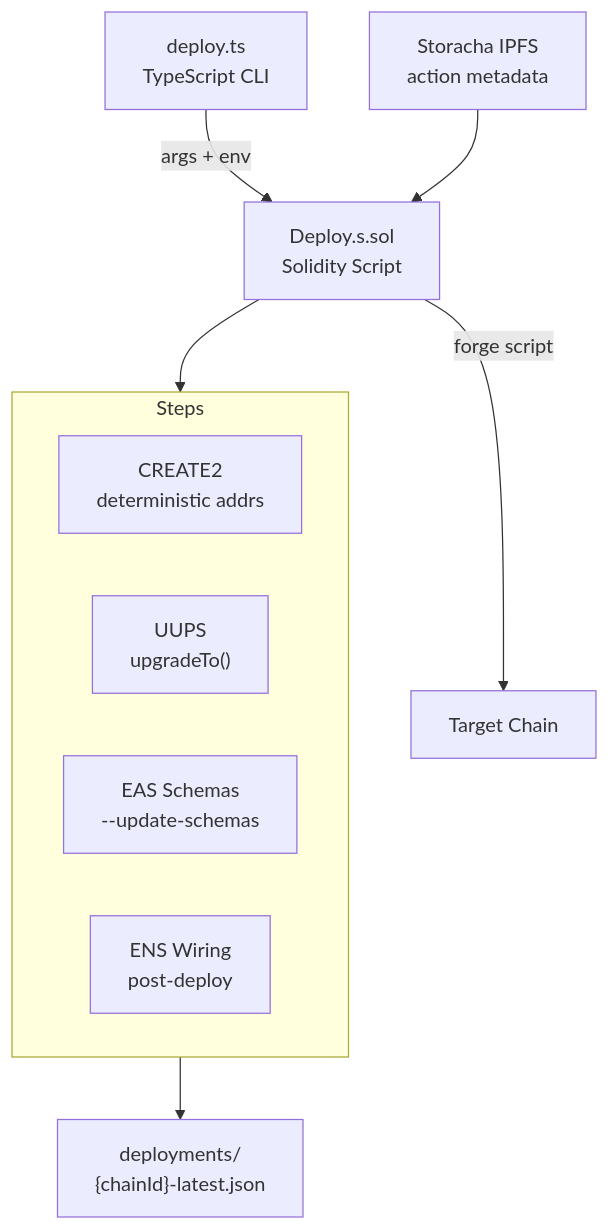
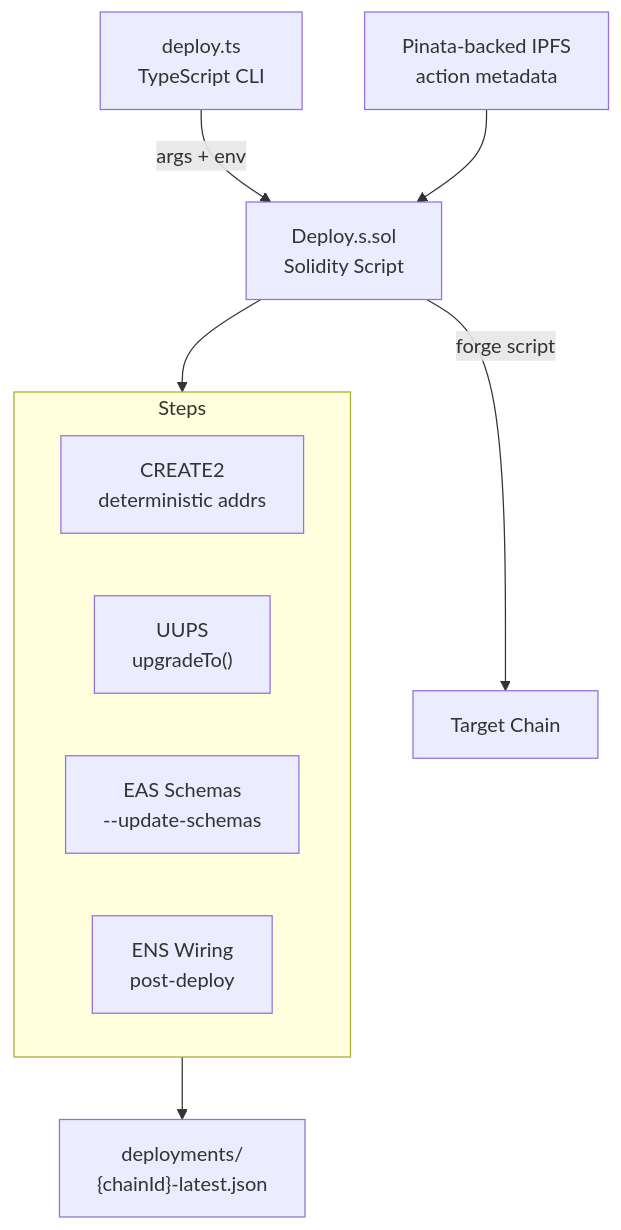
Before and after one commit to greenpill-dev-guild/green-goods: the diagram in docs/docs/builders/deployments/contracts-deploy.mdx, drawn with Mermaid. The commit also changed other lines of this file and 28 other files, not shown here.

````diff
--- a/docs/docs/builders/deployments/contracts-deploy.mdx
+++ b/docs/docs/builders/deployments/contracts-deploy.mdx
@@ -18,17 +18,17 @@
 ```mermaid
 graph TB
     CLI["deploy.ts\nTypeScript CLI"] -->|"args + env"| SOL["Deploy.s.sol\nSolidity Script"]
     SOL -->|"forge script"| Chain["Target Chain"]
 
     subgraph Steps
         C2["CREATE2\ndeterministic addrs"]
         UP["UUPS\nupgradeTo()"]
         EAS["EAS Schemas\n--update-schemas"]
         ENS["ENS Wiring\npost-deploy"]
     end
 
     SOL --> Steps
     Steps --> Artifacts["deployments/\n{chainId}-latest.json"]
 
-    IPFS["Storacha IPFS\naction metadata"] --> SOL
+    IPFS["Pinata-backed IPFS\naction metadata"] --> SOL
 ```
````
